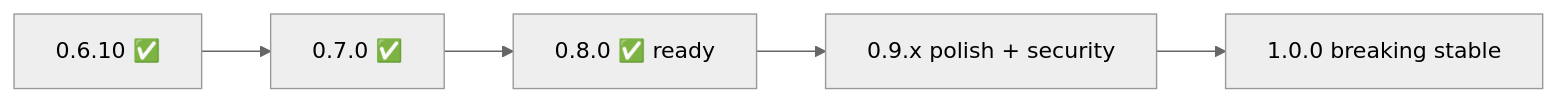
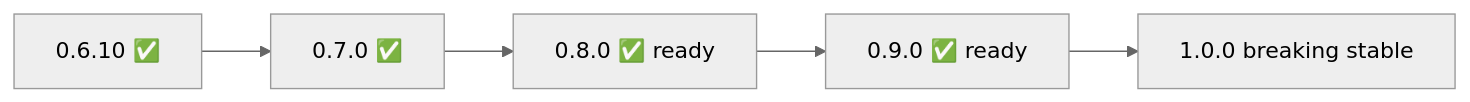
One commit to hrodrig/pgwd changed the diagram in ROADMAP.md. Above: the diagram before and after it, drawn with Mermaid (neutral theme). The commit also changed other lines of this file and 10 other files, not shown here.

````diff
--- a/ROADMAP.md
+++ b/ROADMAP.md
@@ -19,7 +19,7 @@
 ```mermaid
 flowchart LR
   A["0.6.10 ✅"] --> B["0.7.0 ✅"]
   B --> C["0.8.0 ✅ ready"]
-  C --> D["0.9.x polish + security"]
+  C --> D["0.9.0 ✅ ready"]
   D --> E["1.0.0 breaking stable"]
 ```
````
